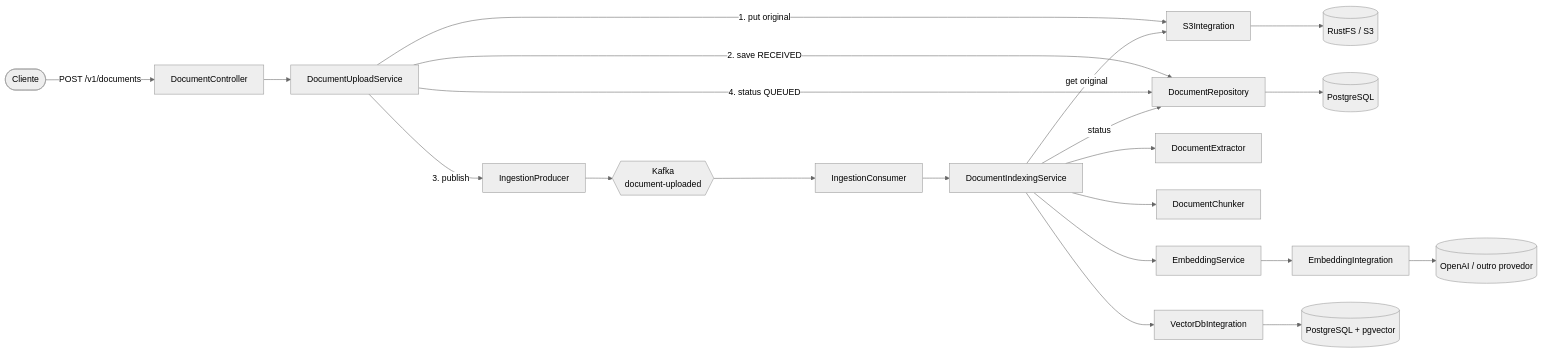
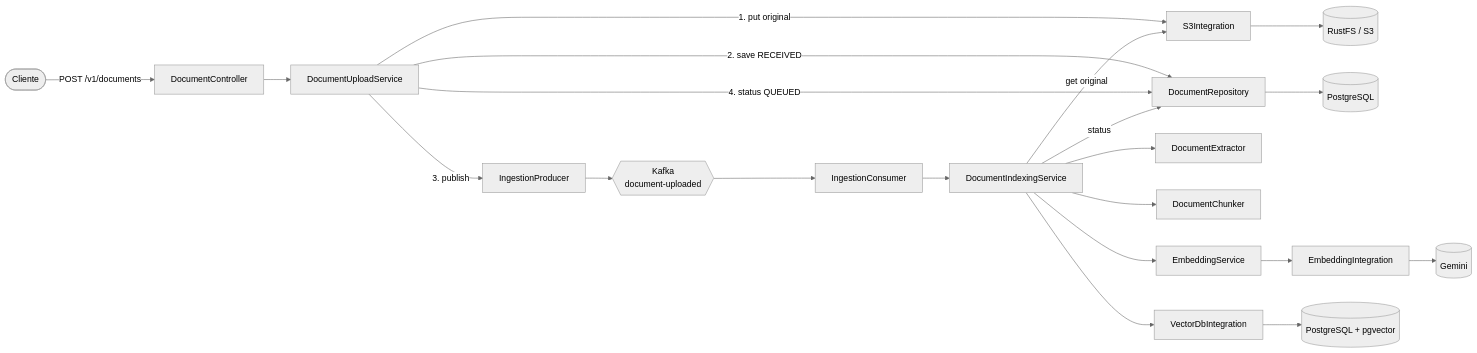
One commit to AndrewsSouz/domain-knowledge-ai changed the first of 4 diagrams in docs/arquitetura.md. Above: the diagram before and after it, drawn with Mermaid (neutral theme). The commit also changed other lines of this file and 5 other files, not shown here.

````diff
--- a/docs/arquitetura.md
+++ b/docs/arquitetura.md
@@ -34,24 +38,24 @@
 ```mermaid
 flowchart LR
     client([Cliente]) -->|"POST /v1/documents"| ctrl[DocumentController]
     ctrl --> up[DocumentUploadService]
     up -->|"1. put original"| s3i[S3Integration]
     s3i --> s3[(RustFS / S3)]
     up -->|"2. save RECEIVED"| repo[DocumentRepository]
     repo --> pg[(PostgreSQL)]
     up -->|"3. publish"| prod[IngestionProducer]
     prod --> kafka{{"Kafka<br/>document-uploaded"}}
     up -->|"4. status QUEUED"| repo
 
     kafka --> cons[IngestionConsumer]
     cons --> idx[DocumentIndexingService]
     idx -->|status| repo
     idx -->|get original| s3i
     idx --> ext[DocumentExtractor]
     idx --> chk[DocumentChunker]
     idx --> emb[EmbeddingService]
     emb --> embi[EmbeddingIntegration]
-    embi --> ai[(OpenAI / outro provedor)]
+    embi --> ai[(Gemini)]
     idx --> vdb[VectorDbIntegration]
     vdb --> pgv[("PostgreSQL + pgvector")]
 ```
````
